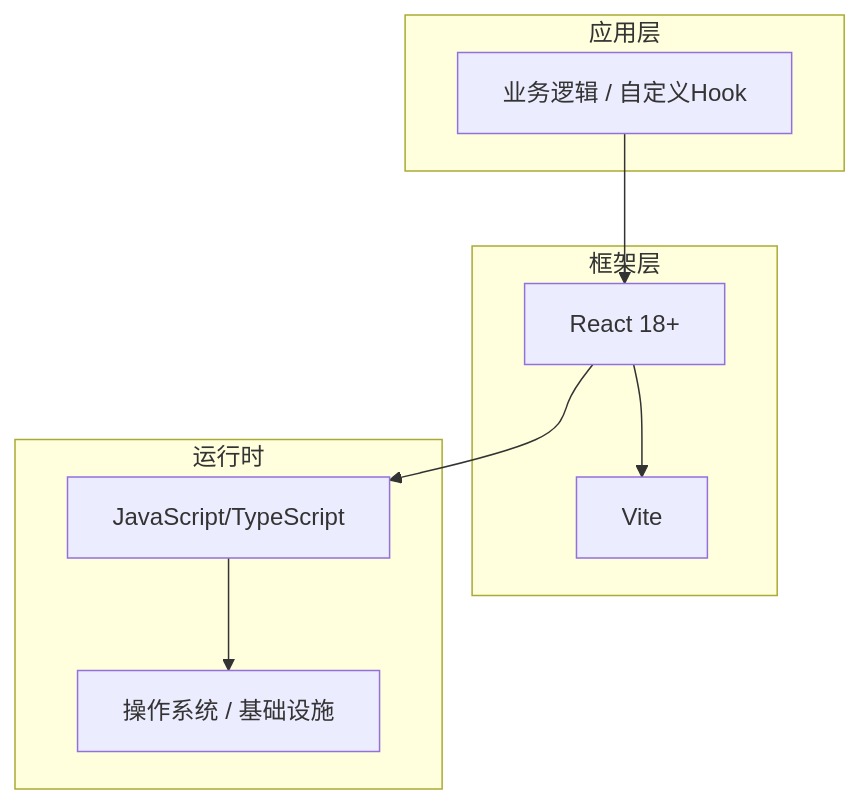
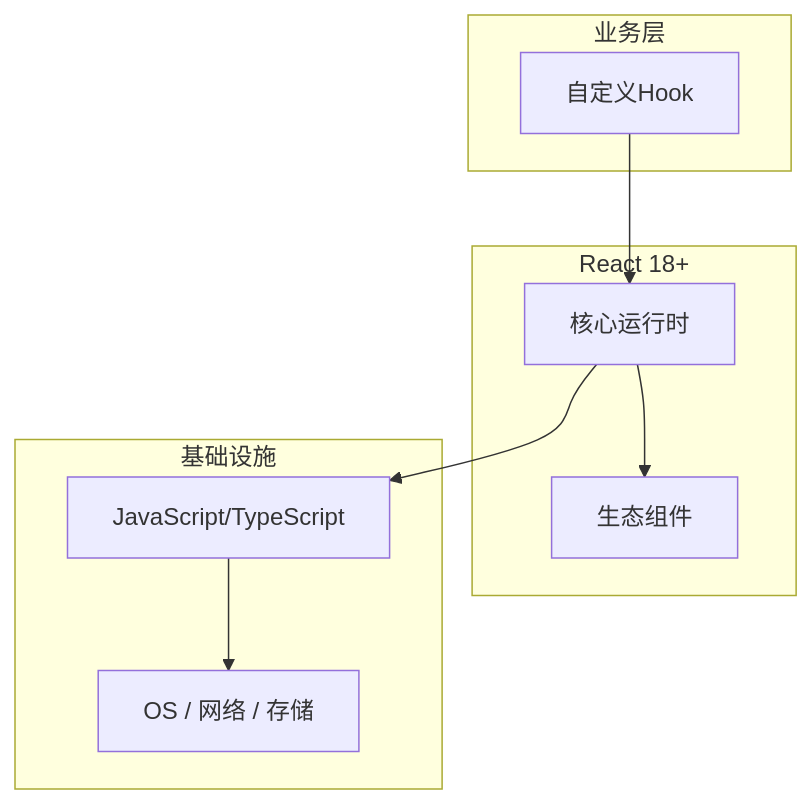
One commit to yanggan2015/knowledge-json-v2 changed the diagram in articles/React/chapters/109-自定义Hook核心概念与原理.md. Above: the diagram before and after it, drawn with Mermaid. The commit also changed other lines of this file and 10127 other files, not shown here.

````diff
--- a/articles/React/chapters/109-自定义Hook核心概念与原理.md
+++ b/articles/React/chapters/109-自定义Hook核心概念与原理.md
@@ -45,18 +34,18 @@
 ```mermaid
 graph TB
-    subgraph 应用层
-        A[业务逻辑 / 自定义Hook]
+    subgraph 业务层
+        A[自定义Hook]
     end
-    subgraph 框架层
-        B[React 18+]
-        C[Vite]
+    subgraph React 18+
+        B[核心运行时]
+        C[生态组件]
     end
-    subgraph 运行时
+    subgraph 基础设施
         D[JavaScript/TypeScript]
-        E[操作系统 / 基础设施]
+        E[OS / 网络 / 存储]
     end
     A --> B
     B --> C
     B --> D
     D --> E
 ```
````
